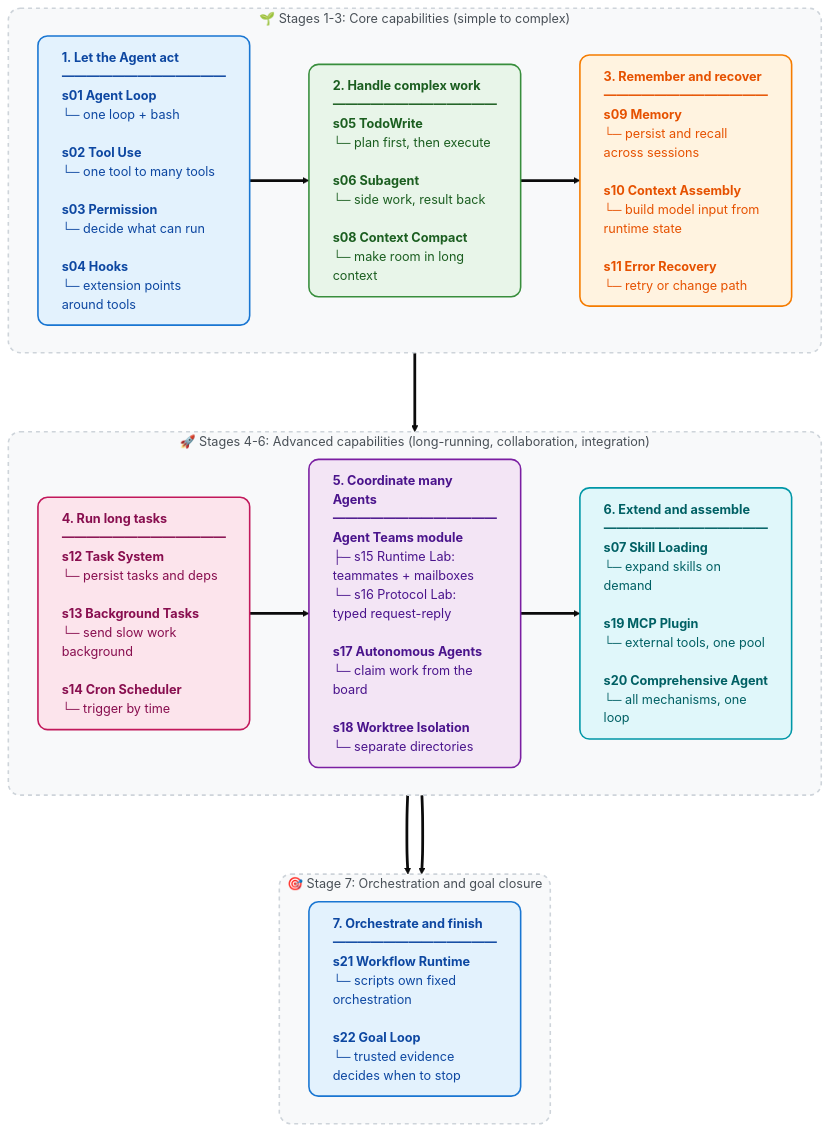
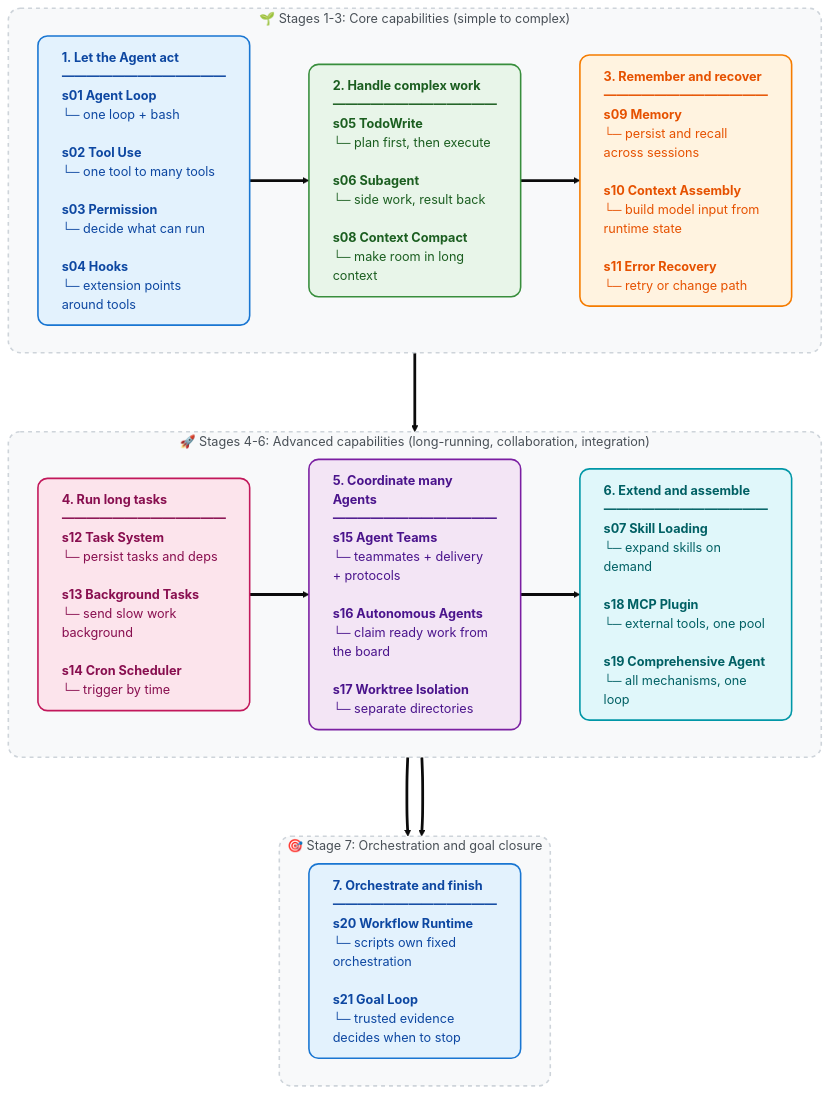
One commit to snake-fan/learn-claude-code changed the diagram in README.md. Above: the diagram before and after it, drawn with Mermaid (base theme). The commit also changed other lines of this file and 246 other files, not shown here.

````diff
--- a/README.md
+++ b/README.md
@@ -265,49 +255,49 @@
 ```mermaid
 flowchart TD
     %% Card styles
     classDef stage1 fill:#E3F2FD,stroke:#1976D2,stroke-width:2px,color:#0D47A1,rx:12,ry:12,text-align:left
     classDef stage2 fill:#E8F5E9,stroke:#388E3C,stroke-width:2px,color:#1B5E20,rx:12,ry:12,text-align:left
     classDef stage3 fill:#FFF3E0,stroke:#F57C00,stroke-width:2px,color:#E65100,rx:12,ry:12,text-align:left
     classDef stage4 fill:#FCE4EC,stroke:#C2185b,stroke-width:2px,color:#880E4F,rx:12,ry:12,text-align:left
     classDef stage5 fill:#F3E5F5,stroke:#7B1FA2,stroke-width:2px,color:#4A148C,rx:12,ry:12,text-align:left
     classDef stage6 fill:#E0F7FA,stroke:#0097A7,stroke-width:2px,color:#006064,rx:12,ry:12,text-align:left
 
     %% Group style
     classDef groupBox fill:#F8F9FA,stroke:#CED4DA,stroke-width:2px,stroke-dasharray: 5 5,rx:15,ry:15,color:#495057
 
     %% Layer 1: stages 1-3
     subgraph Phase1 ["🌱 Stages 1-3: Core capabilities (simple to complex)"]
         direction LR
         S1["<b>1. Let the Agent act</b><br/>━━━━━━━━━━━━━<br/><b>s01 Agent Loop</b><br/>└─ one loop + bash<br/><br/><b>s02 Tool Use</b><br/>└─ one tool to many tools<br/><br/><b>s03 Permission</b><br/>└─ decide what can run<br/><br/><b>s04 Hooks</b><br/>└─ extension points around tools"]:::stage1
 
         S2["<b>2. Handle complex work</b><br/>━━━━━━━━━━━━━<br/><b>s05 TodoWrite</b><br/>└─ plan first, then execute<br/><br/><b>s06 Subagent</b><br/>└─ side work, result back<br/><br/><b>s08 Context Compact</b><br/>└─ make room in long context"]:::stage2
 
         S3["<b>3. Remember and recover</b><br/>━━━━━━━━━━━━━<br/><b>s09 Memory</b><br/>└─ persist and recall across sessions<br/><br/><b>s10 Context Assembly</b><br/>└─ build model input from runtime state<br/><br/><b>s11 Error Recovery</b><br/>└─ retry or change path"]:::stage3
 
         S1 ==> S2 ==> S3
     end
 
     %% Layer 2: stages 4-6
     subgraph Phase2 ["🚀 Stages 4-6: Advanced capabilities (long-running, collaboration, integration)"]
         direction LR
         S4["<b>4. Run long tasks</b><br/>━━━━━━━━━━━━━<br/><b>s12 Task System</b><br/>└─ persist tasks and deps<br/><br/><b>s13 Background Tasks</b><br/>└─ send slow work background<br/><br/><b>s14 Cron Scheduler</b><br/>└─ trigger by time"]:::stage4
 
-        S5["<b>5. Coordinate many Agents</b><br/>━━━━━━━━━━━━━<br/><b>Agent Teams module</b><br/>├─ s15 Runtime Lab: teammates + mailboxes<br/>└─ s16 Protocol Lab: typed request-reply<br/><br/><b>s17 Autonomous Agents</b><br/>└─ claim work from the board<br/><br/><b>s18 Worktree Isolation</b><br/>└─ separate directories"]:::stage5
+        S5["<b>5. Coordinate many Agents</b><br/>━━━━━━━━━━━━━<br/><b>s15 Agent Teams</b><br/>└─ teammates + delivery + protocols<br/><br/><b>s16 Autonomous Agents</b><br/>└─ claim ready work from the board<br/><br/><b>s17 Worktree Isolation</b><br/>└─ separate directories"]:::stage5
 
-        S6["<b>6. Extend and assemble</b><br/>━━━━━━━━━━━━━<br/><b>s07 Skill Loading</b><br/>└─ expand skills on demand<br/><br/><b>s19 MCP Plugin</b><br/>└─ external tools, one pool<br/><br/><b>s20 Comprehensive Agent</b><br/>└─ all mechanisms, one loop"]:::stage6
+        S6["<b>6. Extend and assemble</b><br/>━━━━━━━━━━━━━<br/><b>s07 Skill Loading</b><br/>└─ expand skills on demand<br/><br/><b>s18 MCP Plugin</b><br/>└─ external tools, one pool<br/><br/><b>s19 Comprehensive Agent</b><br/>└─ all mechanisms, one loop"]:::stage6
 
         S4 ==> S5 ==> S6
     end
 
     %% Layer 3: orchestration and goal closure
     subgraph Phase3 ["🎯 Stage 7: Orchestration and goal closure"]
         direction LR
-        S7["<b>7. Orchestrate and finish</b><br/>━━━━━━━━━━━━━<br/><b>s21 Workflow Runtime</b><br/>└─ scripts own fixed orchestration<br/><br/><b>s22 Goal Loop</b><br/>└─ trusted evidence decides when to stop"]:::stage1
+        S7["<b>7. Orchestrate and finish</b><br/>━━━━━━━━━━━━━<br/><b>s20 Workflow Runtime</b><br/>└─ scripts own fixed orchestration<br/><br/><b>s21 Goal Loop</b><br/>└─ trusted evidence decides when to stop"]:::stage1
         S6 ==> S7
     end
 
     %% Connect the three layers
     Phase1 ===> Phase2 ===> Phase3
 
     class Phase1,Phase2,Phase3 groupBox
 ```
````
